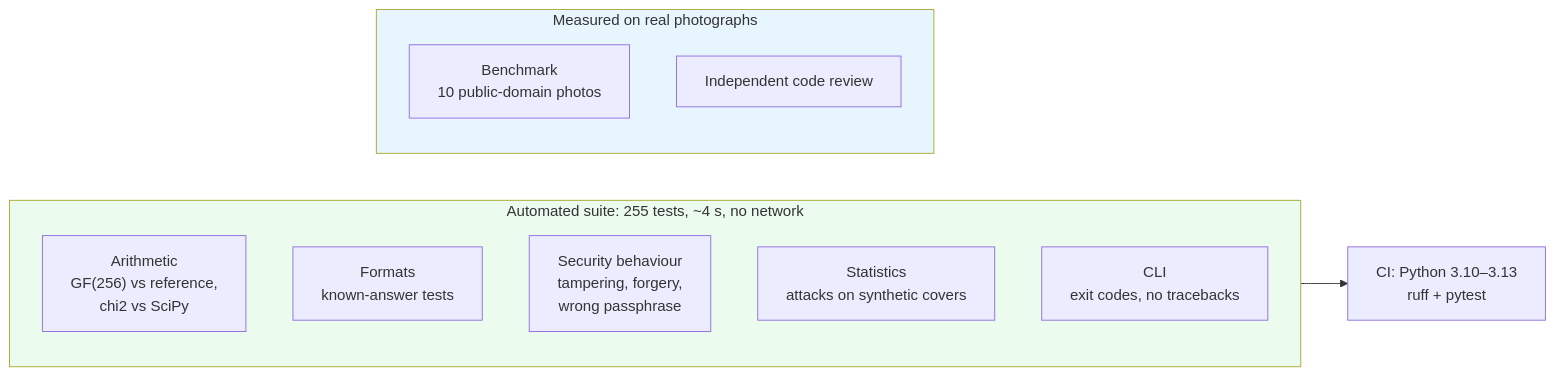
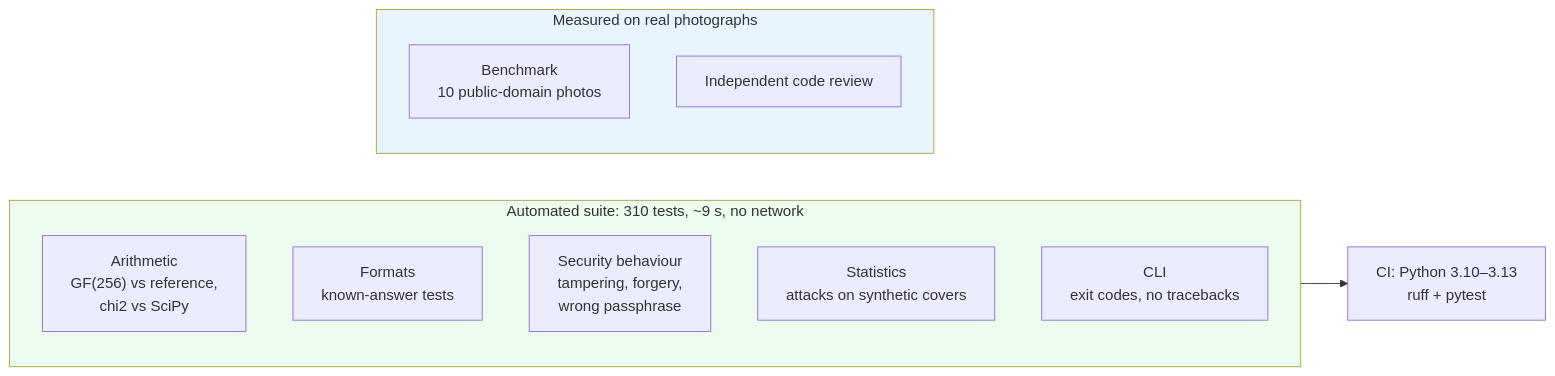
Before and after one commit to Just-Ipavon/shardpix: the seventh of 7 diagrams in docs/04-runtime-behaviour.md, drawn with Mermaid. The commit also changed other lines of this file and 11 other files, not shown here.

````diff
--- a/docs/04-runtime-behaviour.md
+++ b/docs/04-runtime-behaviour.md
@@ -284,20 +284,20 @@
 ```mermaid
 graph LR
-    subgraph offline["Automated suite: 255 tests, ~4 s, no network"]
+    subgraph offline["Automated suite: 310 tests, ~9 s, no network"]
         U1["Arithmetic<br/>GF(256) vs reference,<br/>chi2 vs SciPy"]
         U2["Formats<br/>known-answer tests"]
         U3["Security behaviour<br/>tampering, forgery,<br/>wrong passphrase"]
         U4["Statistics<br/>attacks on synthetic covers"]
         U5["CLI<br/>exit codes, no tracebacks"]
     end
 
     subgraph manual["Measured on real photographs"]
         M1["Benchmark<br/>10 public-domain photos"]
         M2["Independent code review"]
     end
 
     offline --> CI["CI: Python 3.10–3.13<br/>ruff + pytest"]
 
     style offline fill:#ebfbee
     style manual fill:#e7f5ff
 ```
````
